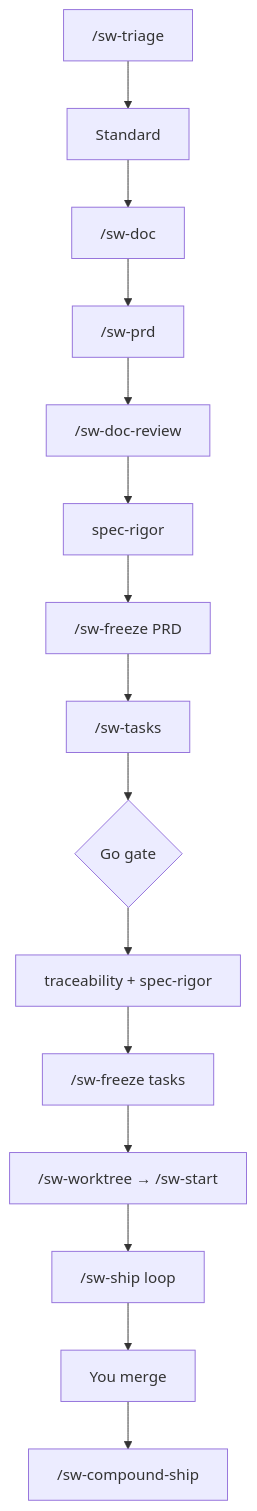
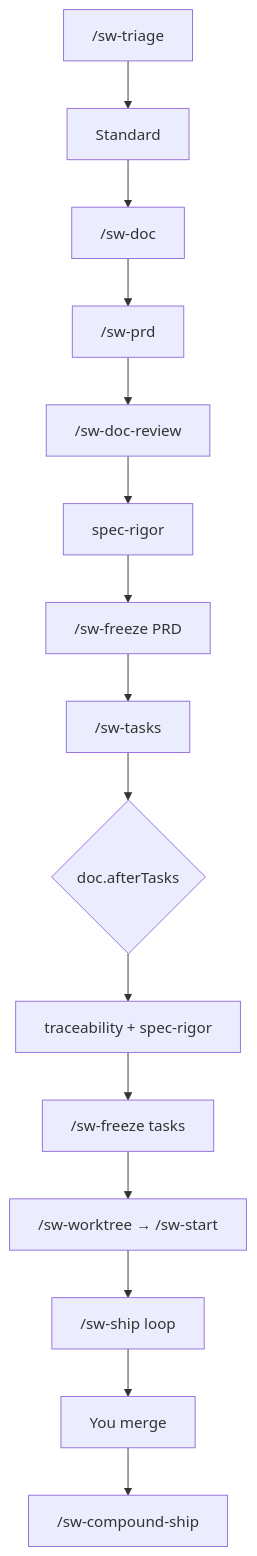
The fourth of 11 diagrams in README.md (grdavies/shipwright), drawn with Mermaid before and after one commit. The commit also changed other lines of this file and 94 other files, not shown here.

````diff
--- a/README.md
+++ b/README.md
@@ -273,17 +299,17 @@
 ```mermaid
 flowchart TB
   T["/sw-triage"] --> S[Standard]
   S --> DOC["/sw-doc"]
   DOC --> PRD["/sw-prd"]
   PRD --> REV["/sw-doc-review"]
   REV --> SR1[spec-rigor]
   SR1 --> FZ1["/sw-freeze PRD"]
   FZ1 --> TS["/sw-tasks"]
-  TS --> GO{Go gate}
-  GO --> SR2[traceability + spec-rigor]
+  TS --> BT{doc.afterTasks}
+  BT --> SR2[traceability + spec-rigor]
   SR2 --> FZ2["/sw-freeze tasks"]
   FZ2 --> WT["/sw-worktree → /sw-start"]
   WT --> SH["/sw-ship loop"]
   SH --> MERGE[You merge]
   MERGE --> CM["/sw-compound-ship"]
 ```
````
